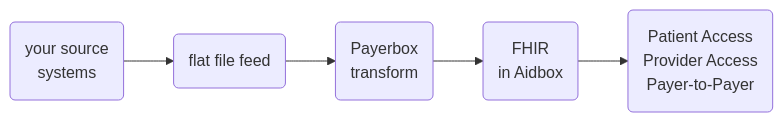
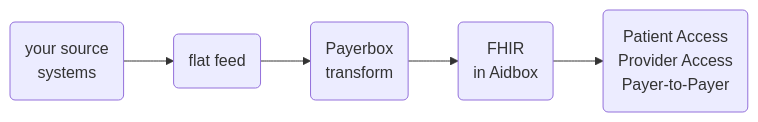
One commit to HealthSamurai/payerbox-docs changed the diagram in docs/data-integration/README.md. Above: the diagram before and after it, drawn with Mermaid. The commit also changed other lines of this file and 4 other files, not shown here.

````diff
--- a/docs/data-integration/README.md
+++ b/docs/data-integration/README.md
@@ -11,7 +11,7 @@
 ```mermaid
 graph LR
-    A(your source<br/>systems):::neutral1 --> B(flat file feed):::yellow2
+    A(your source<br/>systems):::neutral1 --> B(flat feed):::yellow2
     B --> C(Payerbox<br/>transform):::red2
     C --> D(FHIR<br/>in Aidbox):::violet2
     D --> E(Patient Access<br/>Provider Access<br/>Payer-to-Payer):::blue2
 ```
````
